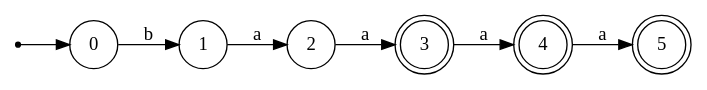
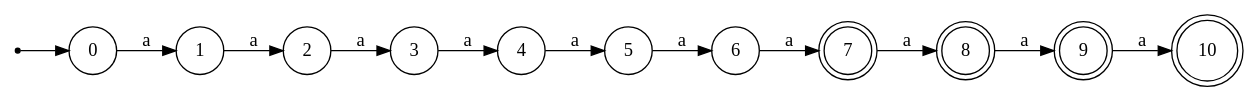
One commit to HotHeadd/automata25_mephi changed the diagram in 2/visuals/automaton.dot. Above: the diagram before and after it, drawn with Graphviz. The commit also changed 7 other files, not shown here.

```diff
--- a/2/visuals/automaton.dot
+++ b/2/visuals/automaton.dot
@@ -1,15 +1,21 @@
 digraph DFA {
   rankdir=LR;
   node [shape = doublecircle];
-  3;
-  4;
-  5;
+  7;
+  8;
+  9;
+  10;
   node [shape = circle];
   start [shape=point];
   start -> 0;
-  0 -> 1 [label="b"];
+  0 -> 1 [label="a"];
   1 -> 2 [label="a"];
   2 -> 3 [label="a"];
   3 -> 4 [label="a"];
   4 -> 5 [label="a"];
+  5 -> 6 [label="a"];
+  6 -> 7 [label="a"];
+  7 -> 8 [label="a"];
+  8 -> 9 [label="a"];
+  9 -> 10 [label="a"];
 }
```
